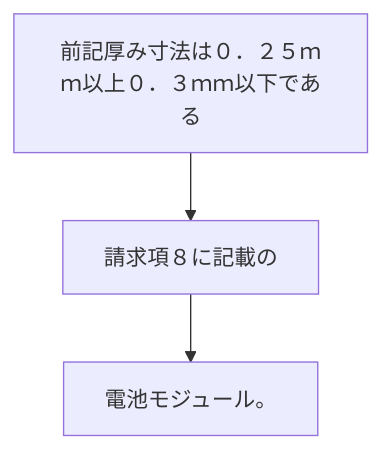
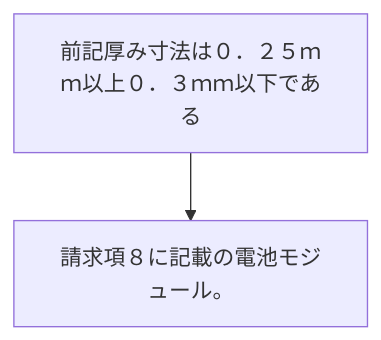
Before and after one commit to shinmori55/patent_analyzed: the diagram in 2024/JP2024039203A/claim_9/README.md, drawn with Mermaid. The commit also changed 336 other files, not shown here.

````diff
--- a/2024/JP2024039203A/claim_9/README.md
+++ b/2024/JP2024039203A/claim_9/README.md
@@ -2,8 +2,6 @@
 ```mermaid
 flowchart TD
 A[前記厚み寸法は０．２５ｍｍ以上０．３ｍｍ以下である]
-B[請求項８に記載の]
-C[電池モジュール。]
+B[請求項８に記載の電池モジュール。]
 A --> B
-B --> C
 ```
````
